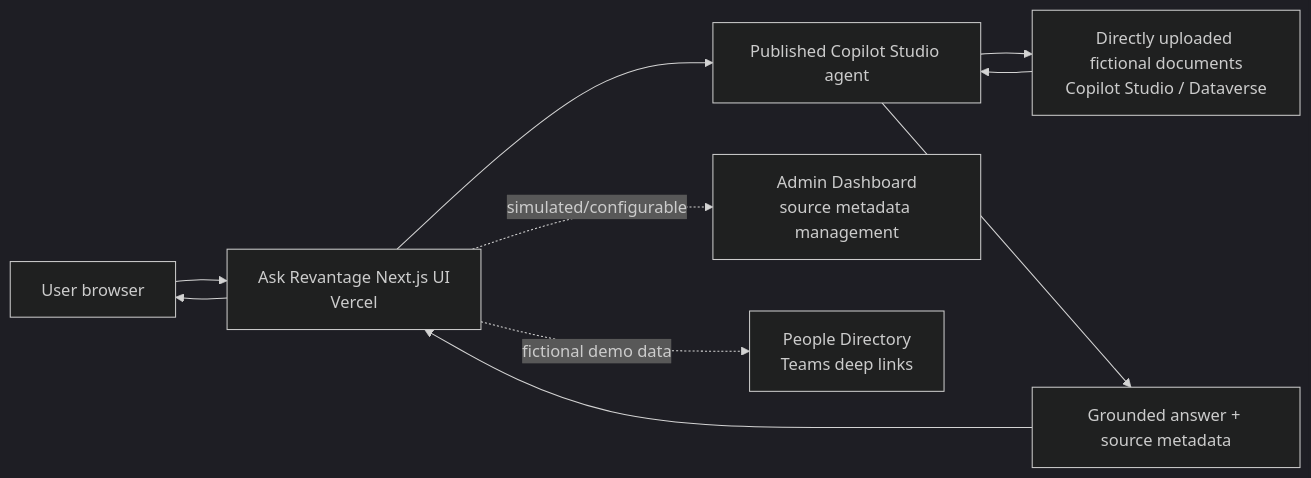
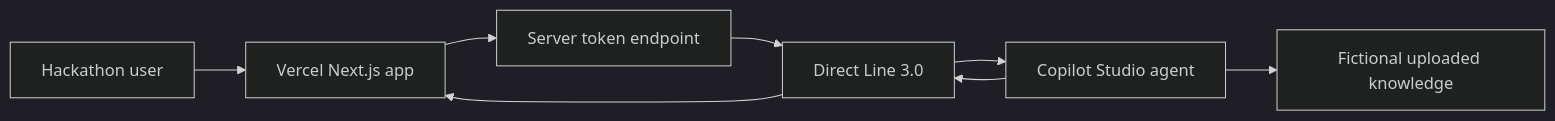
Before and after one commit to shruti-gupta7/ask-revantage: the first of 2 diagrams in README.md, drawn with Mermaid (dark theme). The commit also changed other lines of this file and 37 other files, not shown here.

````diff
--- a/README.md
+++ b/README.md
@@ -26,12 +23,9 @@
 ```mermaid
 flowchart LR
-    U[User browser] --> UI[Ask Revantage Next.js UI<br/>Vercel]
-    UI --> CS[Published Copilot Studio agent]
-    CS --> KB[Directly uploaded fictional documents<br/>Copilot Studio / Dataverse]
-    KB --> CS
-    CS --> R[Grounded answer + source metadata]
-    R --> UI
-    UI --> U
-    UI -. simulated/configurable .-> AD[Admin Dashboard<br/>source metadata management]
-    UI -. fictional demo data .-> PD[People Directory<br/>Teams deep links]
+  U[Hackathon user] --> V[Vercel Next.js app]
+  V --> T[Server token endpoint]
+  T --> D[Direct Line 3.0]
+  D --> C[Copilot Studio agent]
+  C --> K[Fictional uploaded knowledge]
+  C --> D --> V
 ```
````
